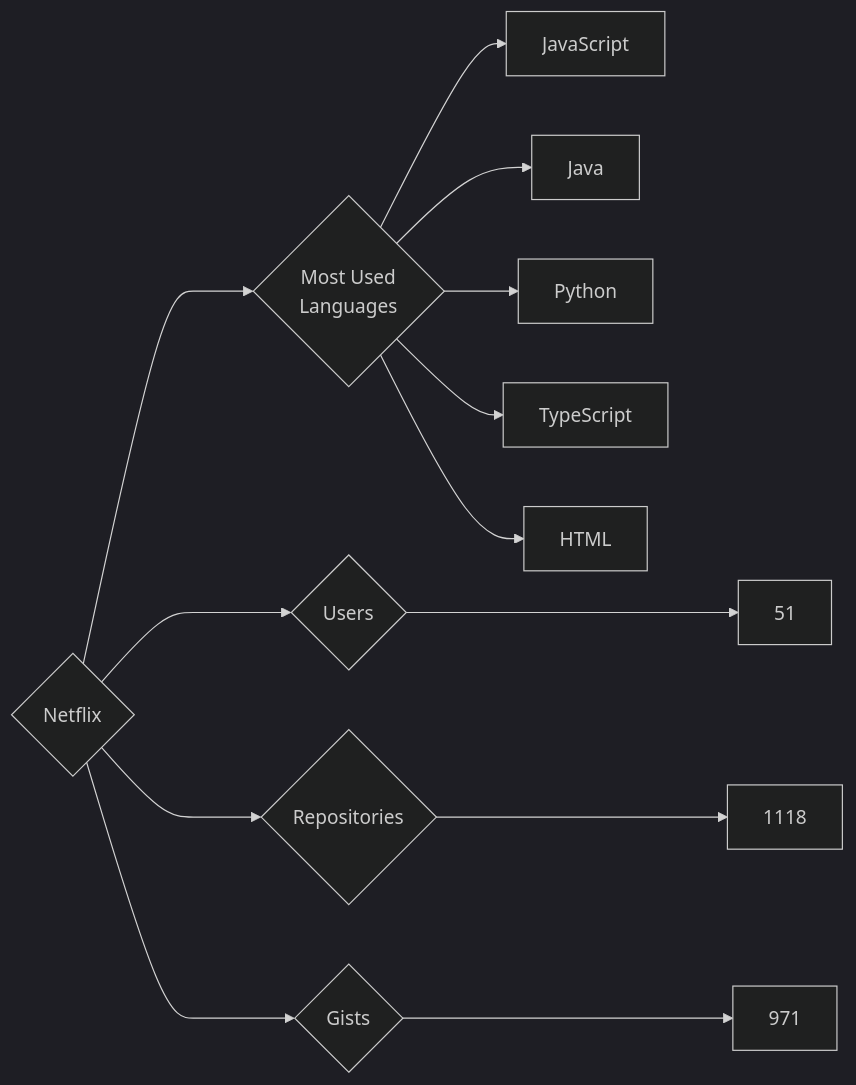
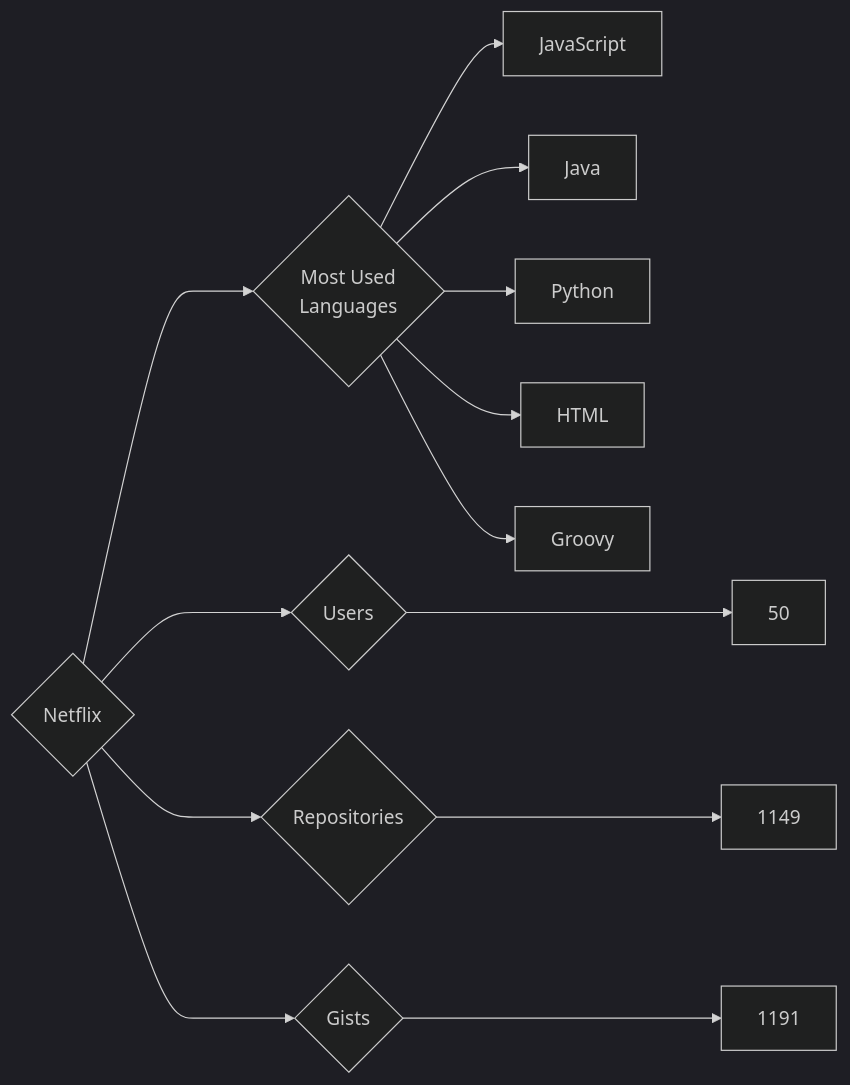
One commit to trickest/insiders changed the diagram in targets/Netflix/README.md. Above: the diagram before and after it, drawn with Mermaid (dark theme). The commit also changed 912 other files, not shown here.

````diff
--- a/targets/Netflix/README.md
+++ b/targets/Netflix/README.md
@@ -3,13 +3,13 @@
 ```mermaid
 graph LR
 COMPANY_NAME{Netflix}
-COMPANY_NAME ---> U{Users} ---> UN[51]
-COMPANY_NAME ---> R{Repositories} ---> RN[1118]
-COMPANY_NAME ---> G{Gists} ---> GN[971]
+COMPANY_NAME ---> U{Users} ---> UN[50]
+COMPANY_NAME ---> R{Repositories} ---> RN[1149]
+COMPANY_NAME ---> G{Gists} ---> GN[1191]
 COMPANY_NAME ---> ML{Most Used<br>Languages}
 ML --> JavaScript[JavaScript]
 ML --> Java[Java]
 ML --> Python[Python]
-ML --> TypeScript[TypeScript]
 ML --> HTML[HTML]
+ML --> Groovy[Groovy]
 ```
````
